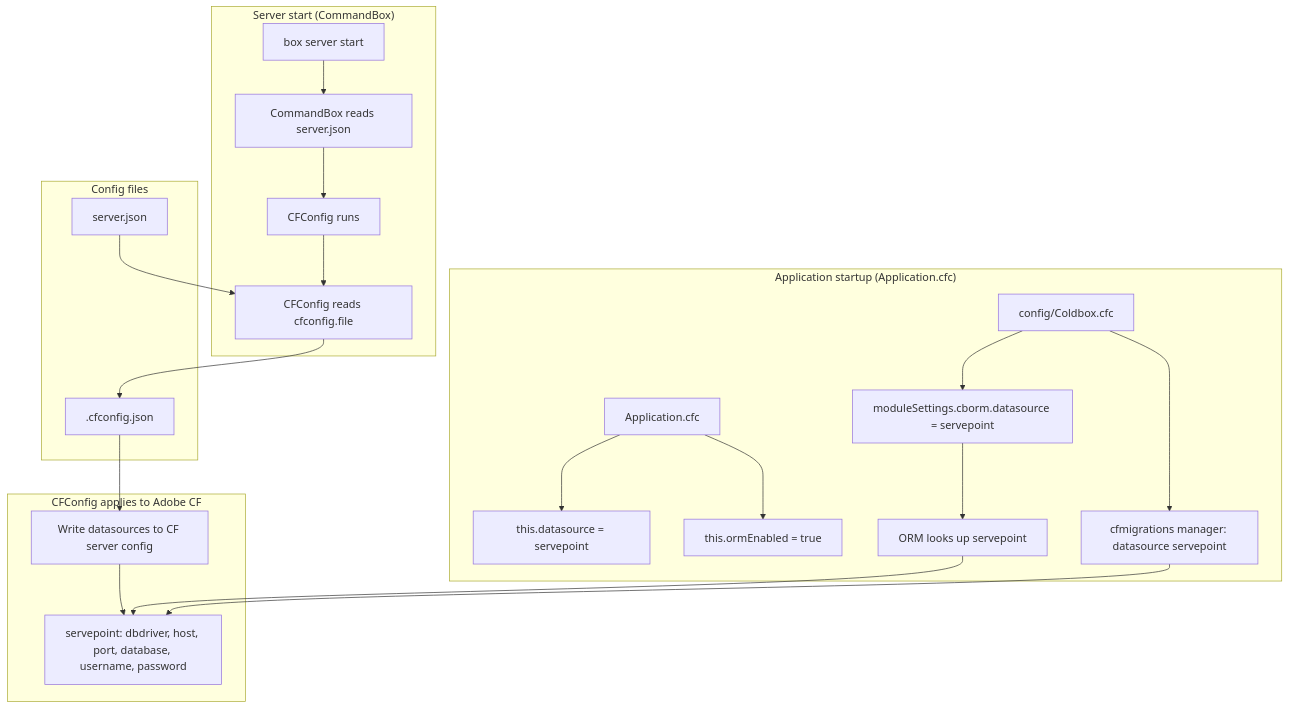
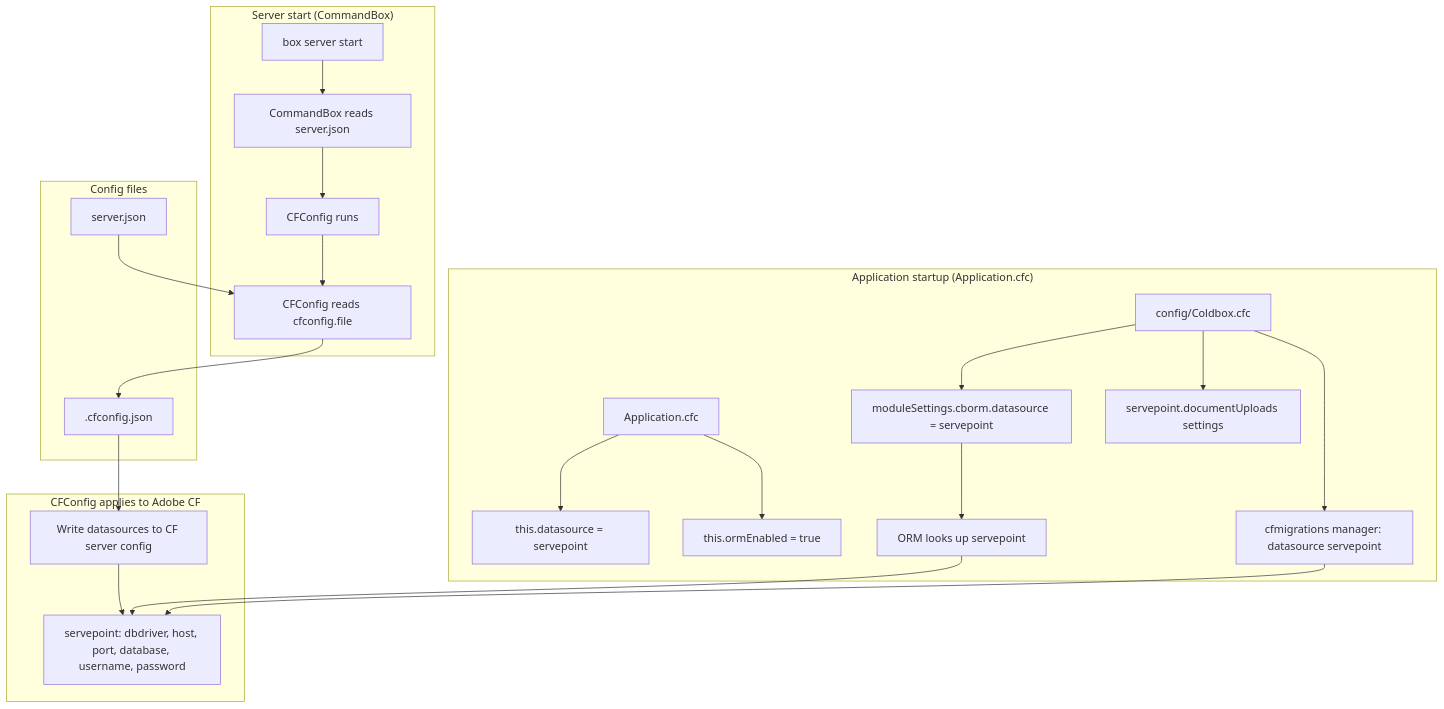
Before and after one commit to mattburnett-repo/servepoint: the diagram in design/mermaid/config-and-datasource.md, drawn with Mermaid. The commit also changed other lines of this file and 30 other files, not shown here.

````diff
--- a/design/mermaid/config-and-datasource.md
+++ b/design/mermaid/config-and-datasource.md
@@ -5,44 +5,46 @@
 ```mermaid
 flowchart TB
     subgraph ServerStart["Server start (CommandBox)"]
         A[box server start]
         B[CommandBox reads server.json]
         C[CFConfig runs]
         D[CFConfig reads cfconfig.file]
     end
 
     subgraph ConfigFiles["Config files"]
         serverJson[server.json]
         cfconfigJson[.cfconfig.json]
     end
 
     subgraph CFConfigApply["CFConfig applies to Adobe CF"]
         E[Write datasources to CF server config]
         F[servepoint: dbdriver, host, port, database, username, password]
     end
 
     subgraph AppLoad["Application startup (Application.cfc)"]
         G[Application.cfc]
         H[this.datasource = servepoint]
         I[this.ormEnabled = true]
         J[ORM looks up servepoint]
         K[config/Coldbox.cfc]
         L[moduleSettings.cborm.datasource = servepoint]
         M[cfmigrations manager: datasource servepoint]
+        N[servepoint.documentUploads settings]
     end
 
     A --> B
     B --> C
     C --> D
     serverJson --> D
     D --> cfconfigJson
     cfconfigJson --> E
     E --> F
     G --> H
     G --> I
     J --> F
     K --> L
     K --> M
+    K --> N
     L --> J
     M --> F
 ```
````
